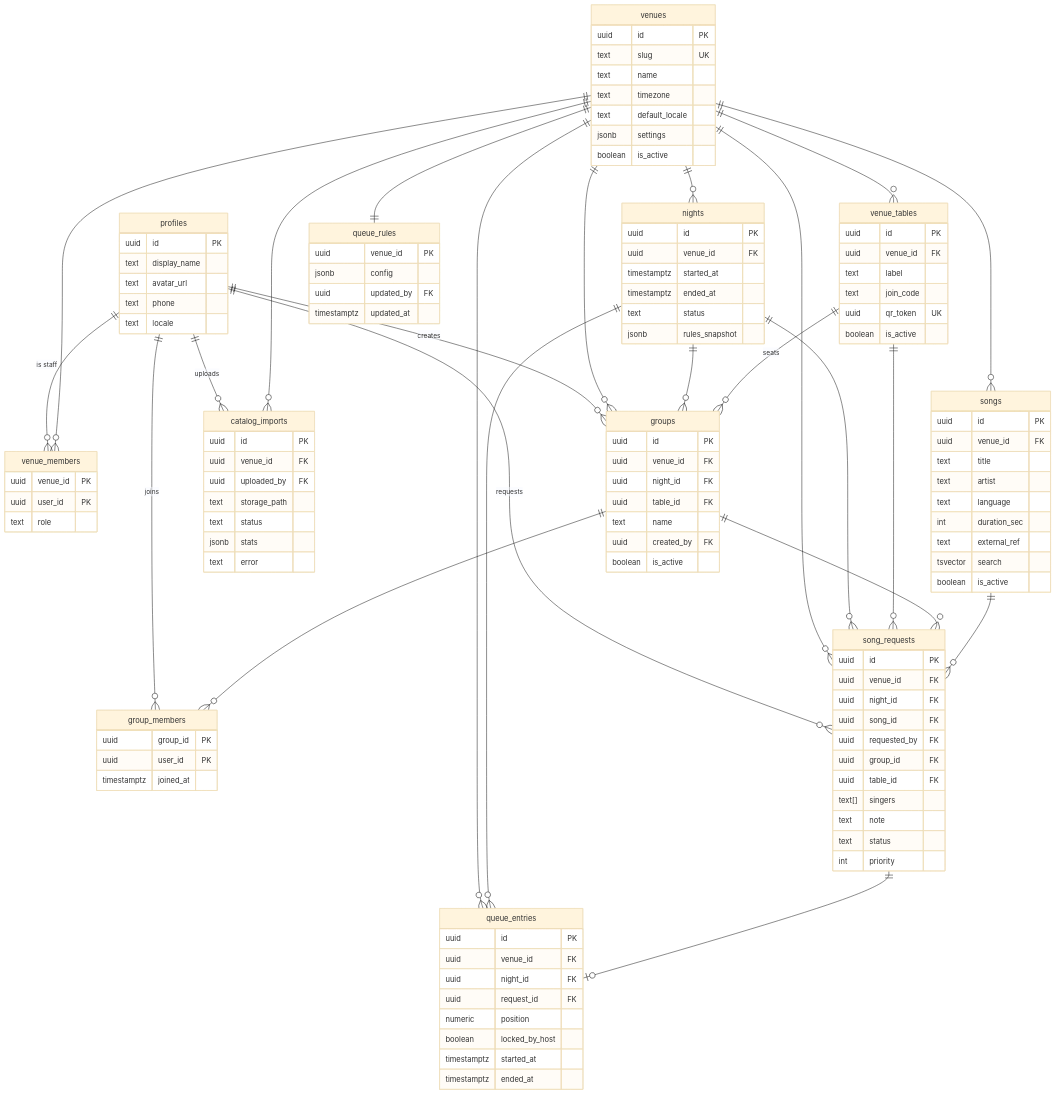
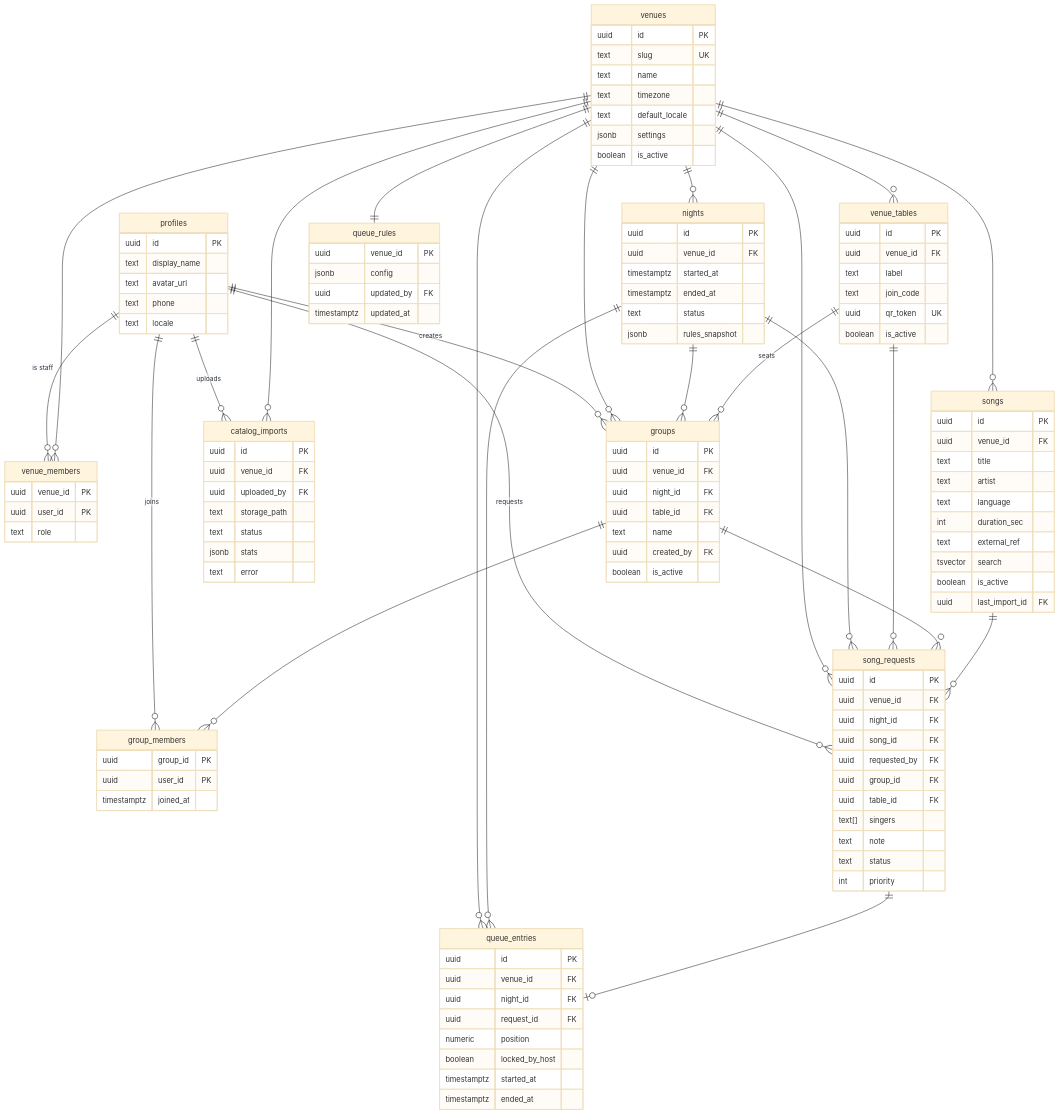
One commit to adihamoud/KJ_Ballenby changed the diagram in docs/DATA_MODEL.md. Above: the diagram before and after it, drawn with Mermaid (base theme). The commit also changed other lines of this file and 24 other files, not shown here.

```diff
--- a/docs/DATA_MODEL.md
+++ b/docs/DATA_MODEL.md
@@ -359,6 +364,7 @@
         text external_ref
         tsvector search
         boolean is_active
+        uuid last_import_id FK
     }
     song_requests {
         uuid id PK
```
